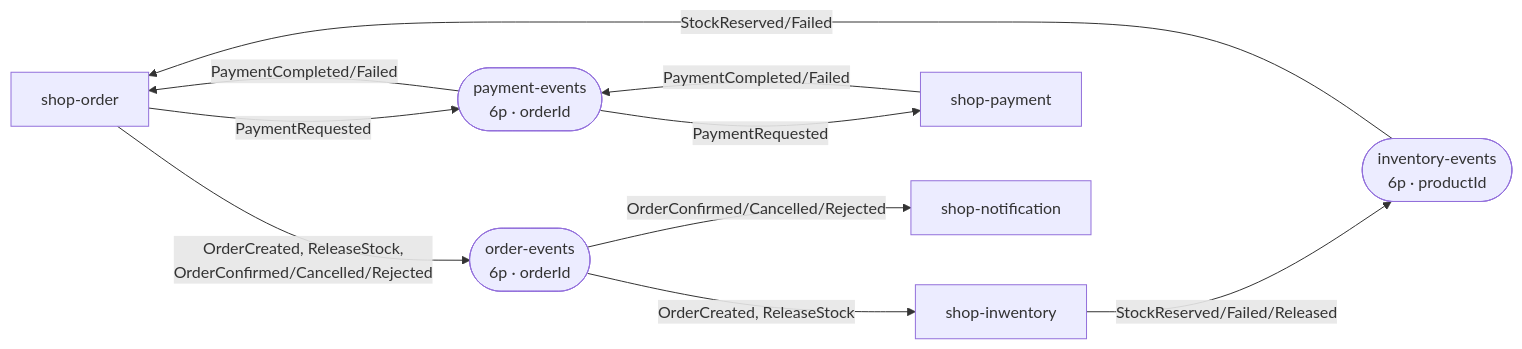
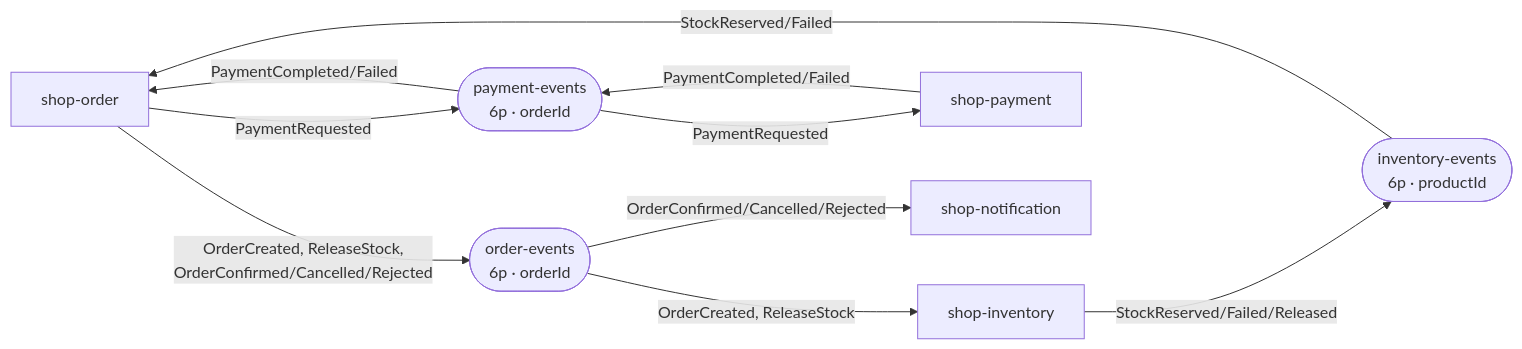
Before and after one commit to ai-bot-playground/shop-infra: the third of 6 diagrams in ARCHITECTURE.md, drawn with Mermaid. The commit also changed other lines of this file and 2 other files, not shown here.

Commit message:
Rename repo to shop-infra; update docs and compose for shop-inventory

````diff
--- a/ARCHITECTURE.md
+++ b/ARCHITECTURE.md
@@ -94,23 +94,23 @@
 ```mermaid
 graph LR
     ORD["shop-order"]
-    INV["shop-inwentory"]
+    INV["shop-inventory"]
     PAY["shop-payment"]
     NOT["shop-notification"]
 
     OE(["order-events<br/>6p · orderId"])
     IE(["inventory-events<br/>6p · productId"])
     PE(["payment-events<br/>6p · orderId"])
 
     ORD -->|"OrderCreated, ReleaseStock,<br/>OrderConfirmed/Cancelled/Rejected"| OE
     OE -->|"OrderCreated, ReleaseStock"| INV
     OE -->|"OrderConfirmed/Cancelled/Rejected"| NOT
 
     INV -->|"StockReserved/Failed/Released"| IE
     IE -->|"StockReserved/Failed"| ORD
 
     ORD -->|"PaymentRequested"| PE
     PE -->|"PaymentRequested"| PAY
     PAY -->|"PaymentCompleted/Failed"| PE
     PE -->|"PaymentCompleted/Failed"| ORD
 ```
````
